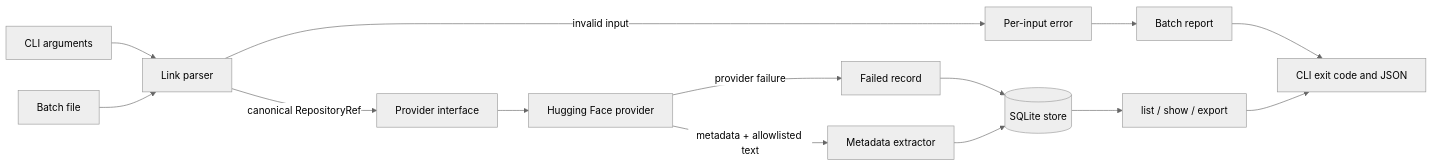
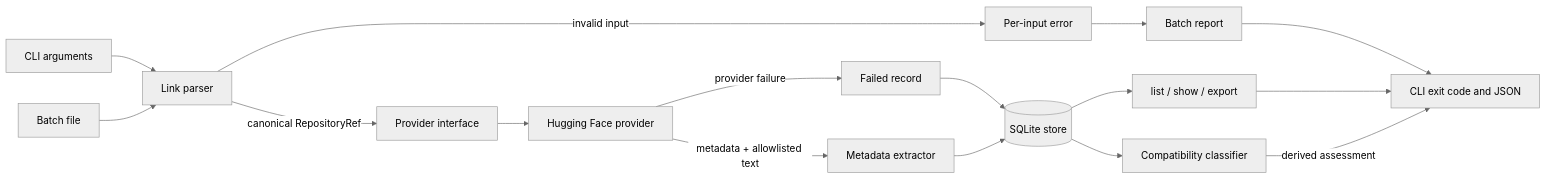
Before and after one commit to Henok-Tekeba/ethi-asr-bench: the diagram in README.md, drawn with Mermaid (neutral theme). The commit also changed other lines of this file and 16 other files, not shown here.

````diff
--- a/README.md
+++ b/README.md
@@ -440,16 +539,18 @@
 ```mermaid
 flowchart LR
     A[CLI arguments] --> B[Link parser]
     A2[Batch file] --> B
     B -->|invalid input| E[Per-input error]
     B -->|canonical RepositoryRef| C[Provider interface]
     C --> D[Hugging Face provider]
     D -->|metadata + allowlisted text| F[Metadata extractor]
     D -->|provider failure| G[Failed record]
     E --> H[Batch report]
     G --> I[(SQLite store)]
     F --> I
     I --> J[list / show / export]
+    I --> K[Compatibility classifier]
     H --> A3[CLI exit code and JSON]
     J --> A3
+    K -->|derived assessment| A3
 ```
````
